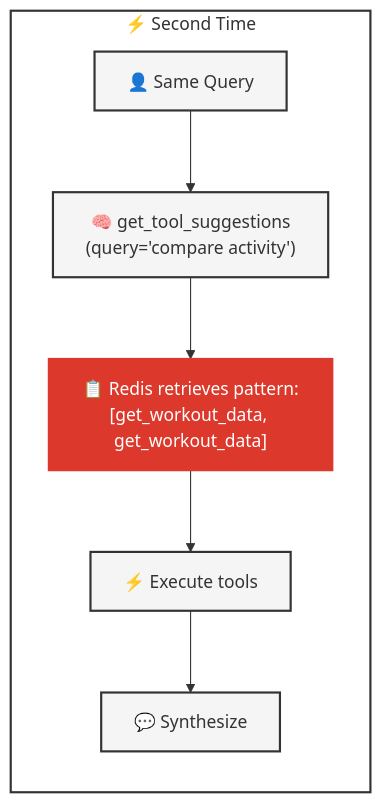
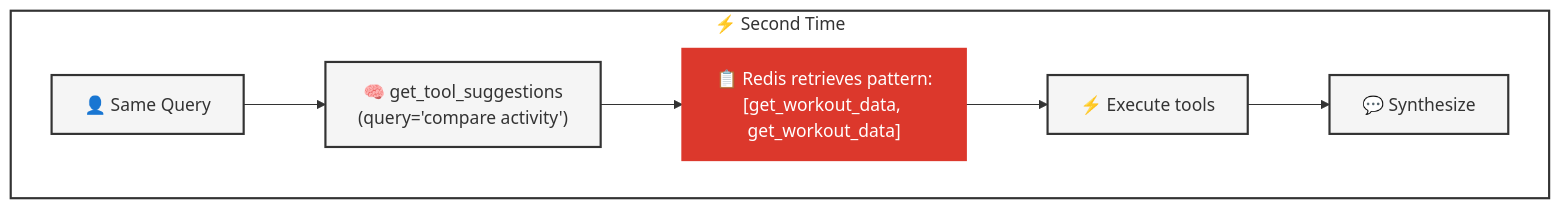
The fourth of 4 diagrams in docs/06_AGENTIC_RAG.md (AllieRays/redis-wellness), drawn with Mermaid before and after one commit. The commit also changed other lines of this file and 4 other files, not shown here.

````diff
--- a/docs/06_AGENTIC_RAG.md
+++ b/docs/06_AGENTIC_RAG.md
@@ -237,16 +237,16 @@
 ```mermaid
-flowchart LR
+flowchart TD
     subgraph second["⚡ Second Time"]
         A2[👤 Same Query] --> B2["🧠 get_tool_suggestions<br/>(query='compare activity')"]
         B2 --> C3["📋 Redis retrieves pattern:<br/>[get_workout_data, get_workout_data]"]
         C3 --> D2[⚡ Execute tools]
         D2 --> E2[💬 Synthesize]
     end
 
     style second fill:#fff,stroke:#333,stroke-width:2px
     style A2 fill:#f5f5f5,stroke:#333,stroke-width:2px
     style B2 fill:#f5f5f5,stroke:#333,stroke-width:2px
     style C3 fill:#DC382C,stroke:#DC382C,stroke-width:2px,color:#fff
     style D2 fill:#f5f5f5,stroke:#333,stroke-width:2px
     style E2 fill:#f5f5f5,stroke:#333,stroke-width:2px
 ```
````
